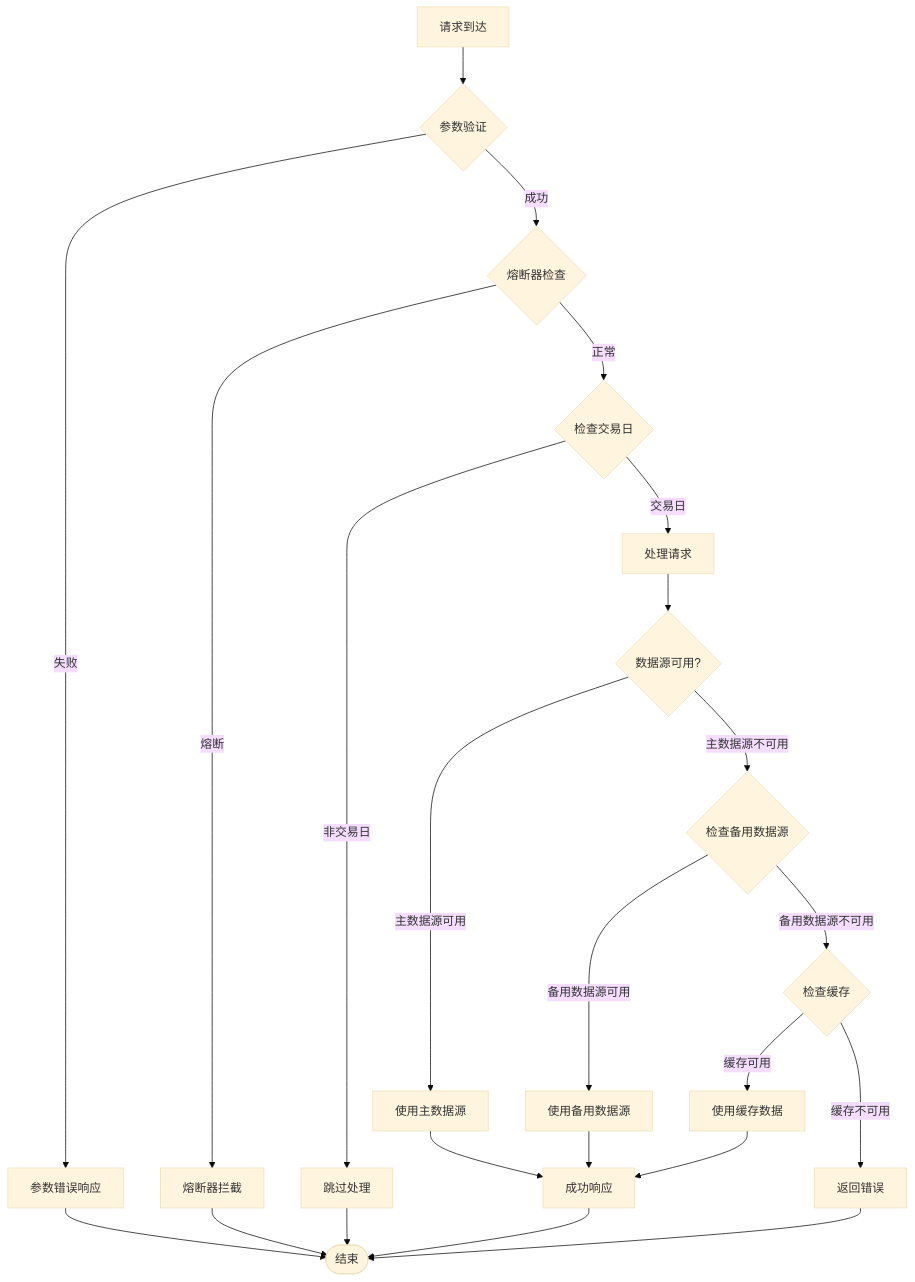
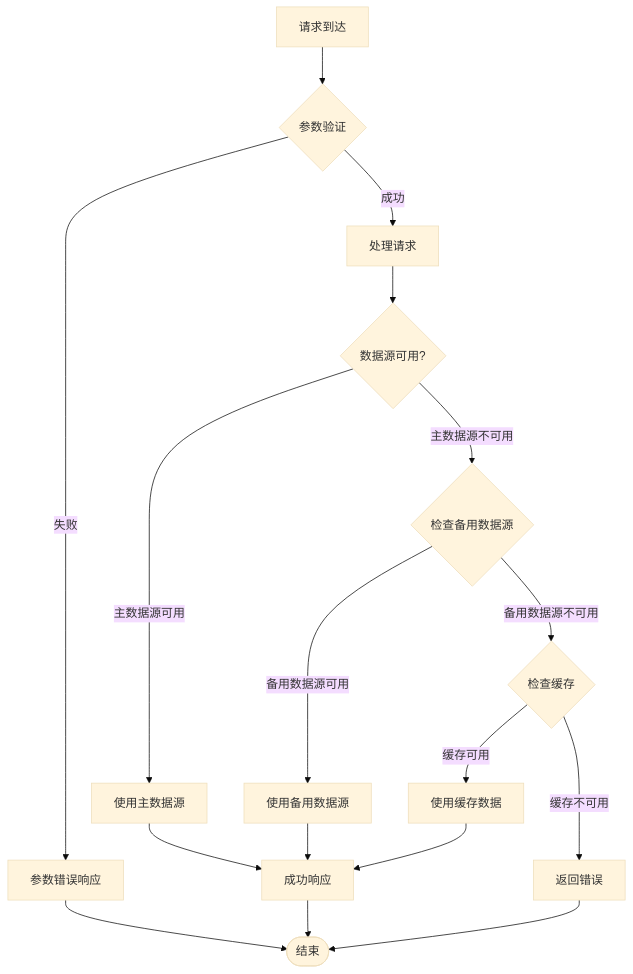
Diagram 22 of 23 in .qoder/repowiki/zh/content/核心功能开发/多源基金估值系统.md (gree-coder/fund-butler), drawn with Mermaid (base theme) before and after one commit. The commit also changed other lines of this file and 21 other files, not shown here.

````diff
--- a/.qoder/repowiki/zh/content/核心功能开发/多源基金估值系统.md
+++ b/.qoder/repowiki/zh/content/核心功能开发/多源基金估值系统.md
@@ -1192,25 +973,19 @@
 ```mermaid
 flowchart TD
 Request[请求到达] --> Validate{参数验证}
 Validate --> |失败| ParamError[参数错误响应]
-Validate --> |成功| CheckCircuit{熔断器检查}
-CheckCircuit --> |熔断| CircuitBreak[熔断器拦截]
-CheckCircuit --> |正常| CheckCalendar{检查交易日}
-CheckCalendar --> |非交易日| SkipProcessing[跳过处理]
-CheckCalendar --> |交易日| Process[处理请求]
+Validate --> |成功| Process[处理请求]
 Process --> DataSource{数据源可用?}
 DataSource --> |主数据源可用| UsePrimary[使用主数据源]
 DataSource --> |主数据源不可用| CheckBackup{检查备用数据源}
 CheckBackup --> |备用数据源可用| UseBackup[使用备用数据源]
 CheckBackup --> |备用数据源不可用| CheckCache{检查缓存}
 CheckCache --> |缓存可用| UseCache[使用缓存数据]
 CheckCache --> |缓存不可用| ReturnError[返回错误]
 UsePrimary --> Success[成功响应]
 UseBackup --> Success
 UseCache --> Success
 ParamError --> End([结束])
-CircuitBreak --> End
 ReturnError --> End
-SkipProcessing --> End
 Success --> End
 ```
````
